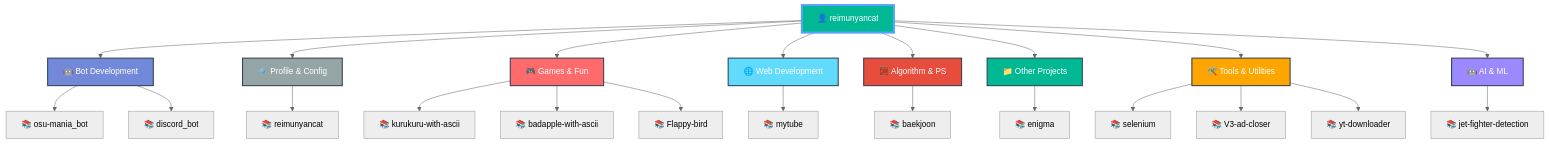
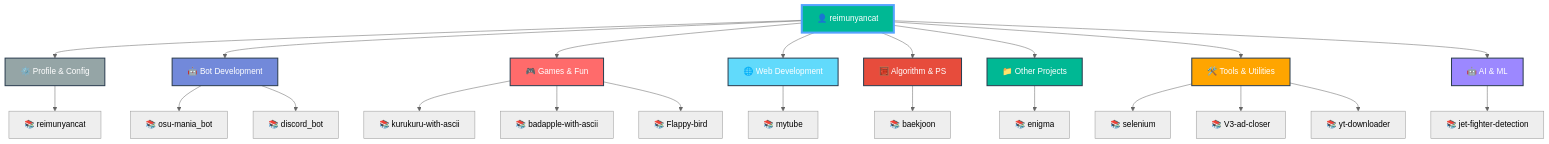
One commit to reimunyancat/reimunyancat changed the diagram in README.md. Above: the diagram before and after it, drawn with Mermaid (neutral theme).

Commit message:
🤖 Auto-update README with latest repositories

````diff
--- a/README.md
+++ b/README.md
@@ -159,43 +159,43 @@
 ```mermaid
 graph TD
   A[👤 reimunyancat]
 
-  A --> CAT0[🤖 Bot Development]
-  CAT0 --> CAT0_0[📚 osu-mania_bot]
-  CAT0 --> CAT0_1[📚 discord_bot]
+  A --> CAT0[⚙️ Profile & Config]
+  CAT0 --> CAT0_0[📚 reimunyancat]
 
-  A --> CAT1[⚙️ Profile & Config]
-  CAT1 --> CAT1_0[📚 reimunyancat]
+  A --> CAT1[🤖 Bot Development]
+  CAT1 --> CAT1_0[📚 osu-mania_bot]
+  CAT1 --> CAT1_1[📚 discord_bot]
 
   A --> CAT2[🎮 Games & Fun]
   CAT2 --> CAT2_0[📚 kurukuru-with-ascii]
   CAT2 --> CAT2_1[📚 badapple-with-ascii]
   CAT2 --> CAT2_2[📚 Flappy-bird]
 
   A --> CAT3[🌐 Web Development]
   CAT3 --> CAT3_0[📚 mytube]
 
   A --> CAT4[🧮 Algorithm & PS]
   CAT4 --> CAT4_0[📚 baekjoon]
 
   A --> CAT5[📁 Other Projects]
   CAT5 --> CAT5_0[📚 enigma]
 
   A --> CAT6[🛠️ Tools & Utilities]
   CAT6 --> CAT6_0[📚 selenium]
   CAT6 --> CAT6_1[📚 V3-ad-closer]
   CAT6 --> CAT6_2[📚 yt-downloader]
 
   A --> CAT7[🤖 AI & ML]
   CAT7 --> CAT7_0[📚 jet-fighter-detection]
 
   style A fill:#00b894,stroke:#55a3ff,stroke-width:4px,color:#fff
-  style CAT0 fill:#7289da,stroke:#2c3e50,stroke-width:2px,color:#fff
-  style CAT1 fill:#95a5a6,stroke:#2c3e50,stroke-width:2px,color:#fff
+  style CAT0 fill:#95a5a6,stroke:#2c3e50,stroke-width:2px,color:#fff
+  style CAT1 fill:#7289da,stroke:#2c3e50,stroke-width:2px,color:#fff
   style CAT2 fill:#ff6b6b,stroke:#2c3e50,stroke-width:2px,color:#fff
   style CAT3 fill:#61dafb,stroke:#2c3e50,stroke-width:2px,color:#fff
   style CAT4 fill:#e74c3c,stroke:#2c3e50,stroke-width:2px,color:#fff
   style CAT5 fill:#00b894,stroke:#2c3e50,stroke-width:2px,color:#fff
   style CAT6 fill:#ffa500,stroke:#2c3e50,stroke-width:2px,color:#fff
   style CAT7 fill:#9c88ff,stroke:#2c3e50,stroke-width:2px,color:#fff
 ```
````
